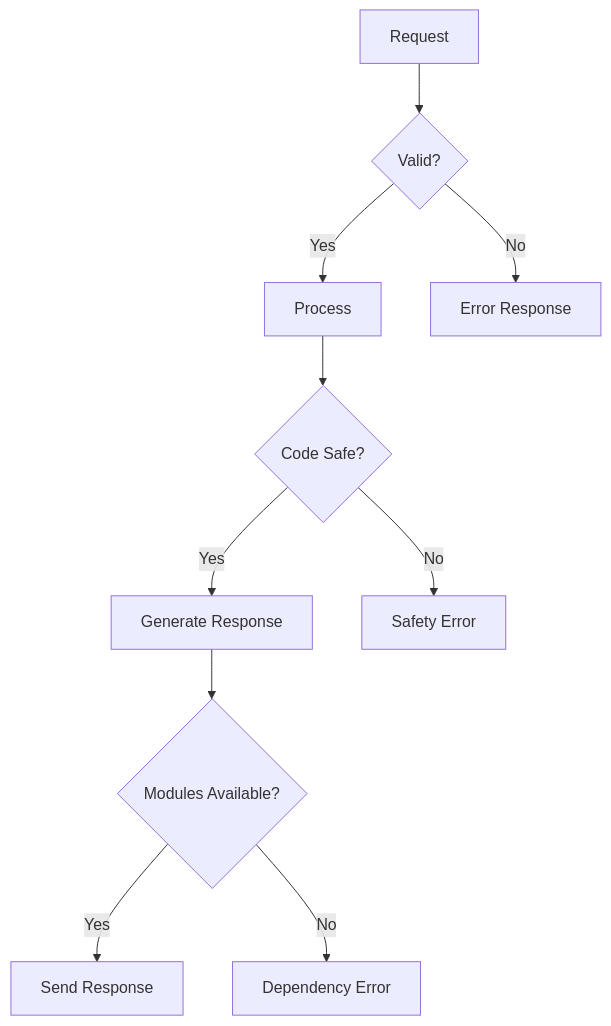
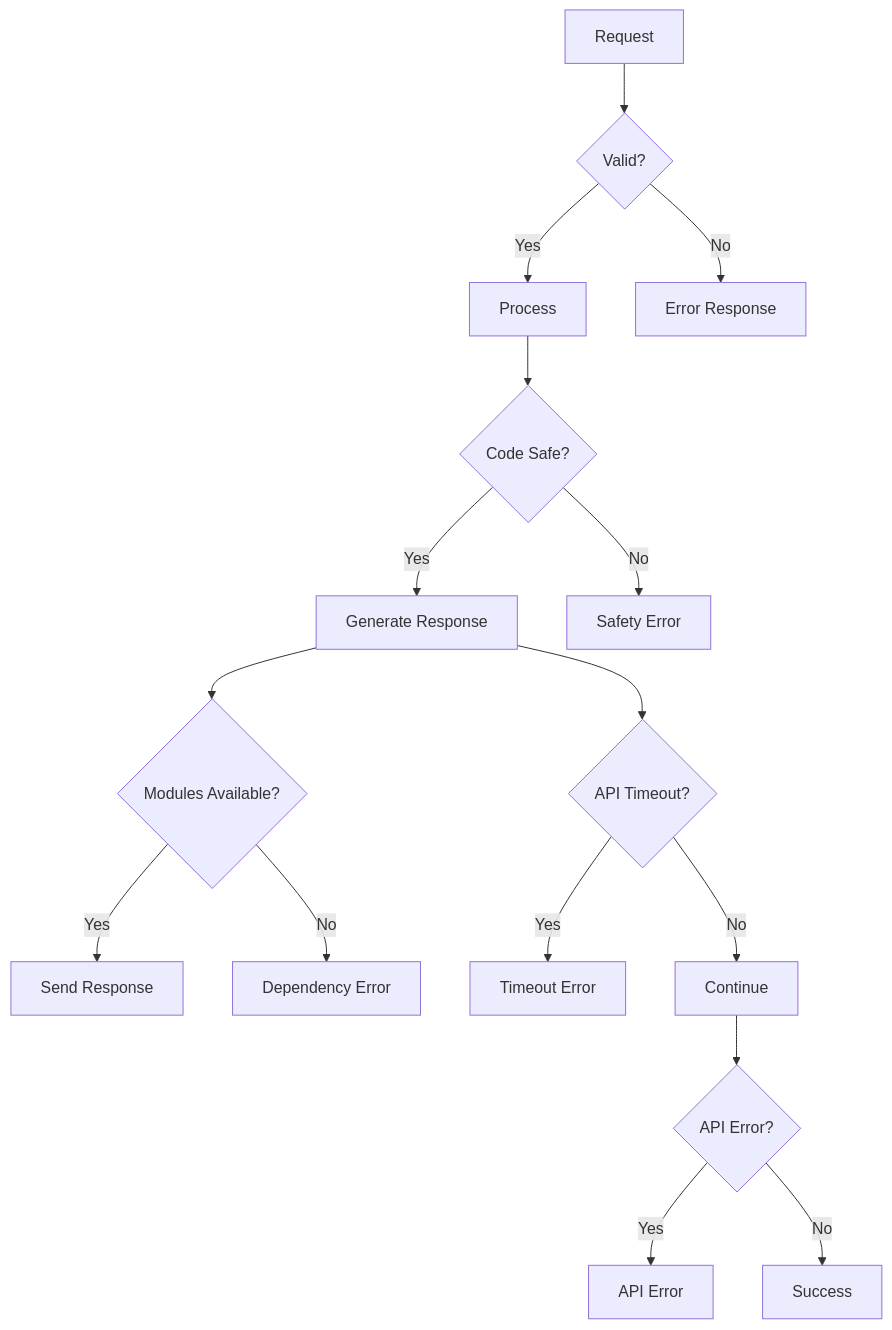
The fourth of 4 diagrams in DOCUMENTATION.md (vbwyrde/AG_UI_Test), drawn with Mermaid before and after one commit. The commit also changed other lines of this file and 5 other files, not shown here.

````diff
--- a/DOCUMENTATION.md
+++ b/DOCUMENTATION.md
@@ -76,12 +111,18 @@
 ```mermaid
 graph TD
     A[Request] --> B{Valid?}
     B -->|Yes| C[Process]
     B -->|No| D[Error Response]
     C --> E{Code Safe?}
     E -->|Yes| F[Generate Response]
     E -->|No| G[Safety Error]
     F --> H{Modules Available?}
     H -->|Yes| I[Send Response]
     H -->|No| J[Dependency Error]
+    F --> K{API Timeout?}
+    K -->|Yes| L[Timeout Error]
+    K -->|No| M[Continue]
+    M --> N{API Error?}
+    N -->|Yes| O[API Error]
+    N -->|No| P[Success]
 ```
````
